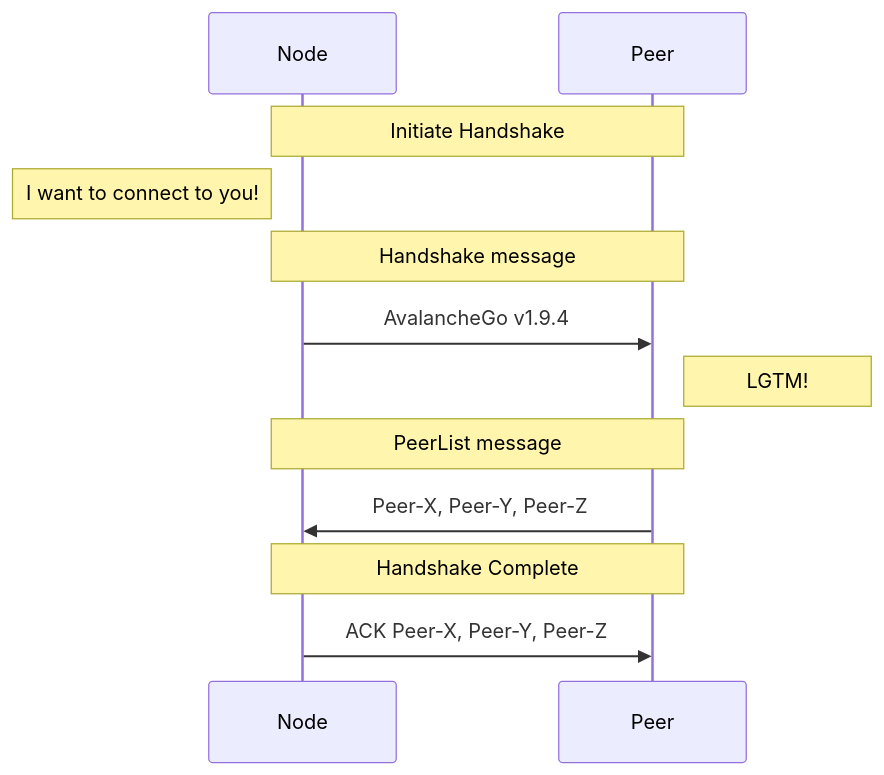
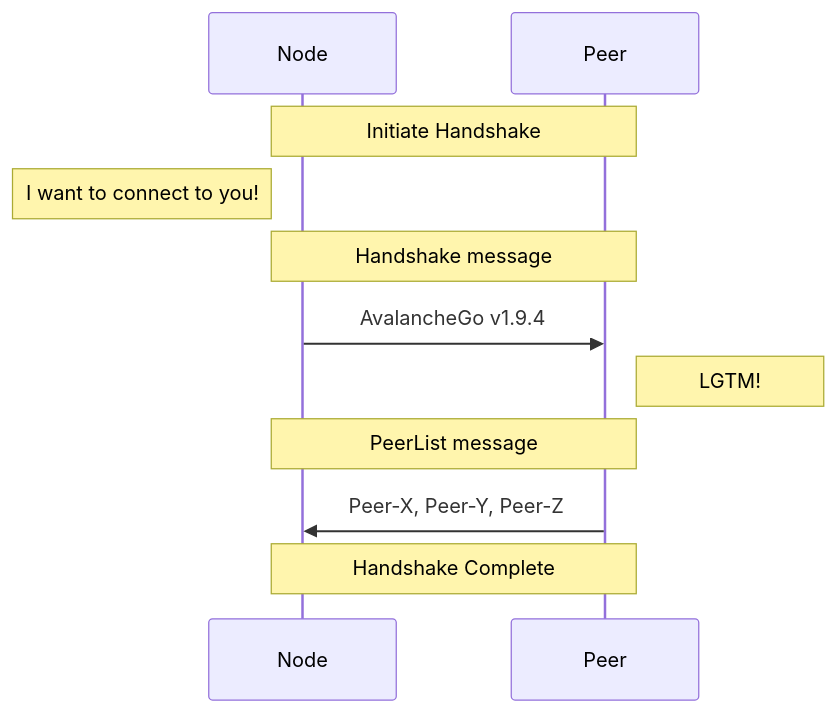
Before and after one commit to luxfi/node: the third of 5 diagrams in network/README.md, drawn with Mermaid. The commit also changed other lines of this file and 29 other files, not shown here.

Commit message:
Replace `PeerListAck` with `GetPeerList` (#2580)

````diff
--- a/network/README.md
+++ b/network/README.md
@@ -72,12 +72,11 @@
 ```mermaid
 sequenceDiagram
 Note over Node,Peer: Initiate Handshake
 Note left of Node: I want to connect to you!
 Note over Node,Peer: Handshake message
 Node->>Peer: AvalancheGo v1.9.4
 Note right of Peer: LGTM!
 Note over Node,Peer: PeerList message
 Peer->>Node: Peer-X, Peer-Y, Peer-Z
 Note over Node,Peer: Handshake Complete
-Node->>Peer: ACK Peer-X, Peer-Y, Peer-Z
 ```
````
